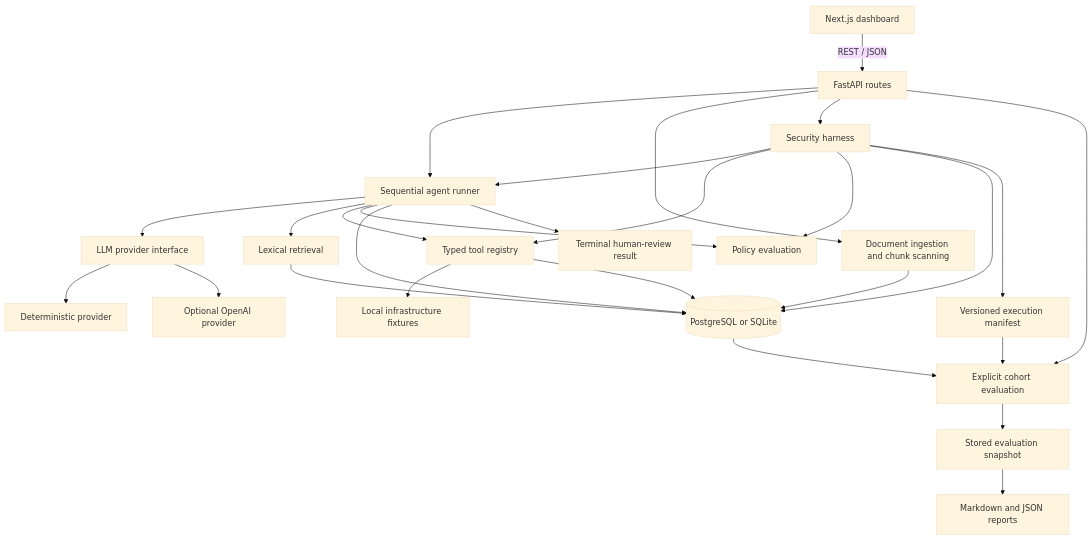
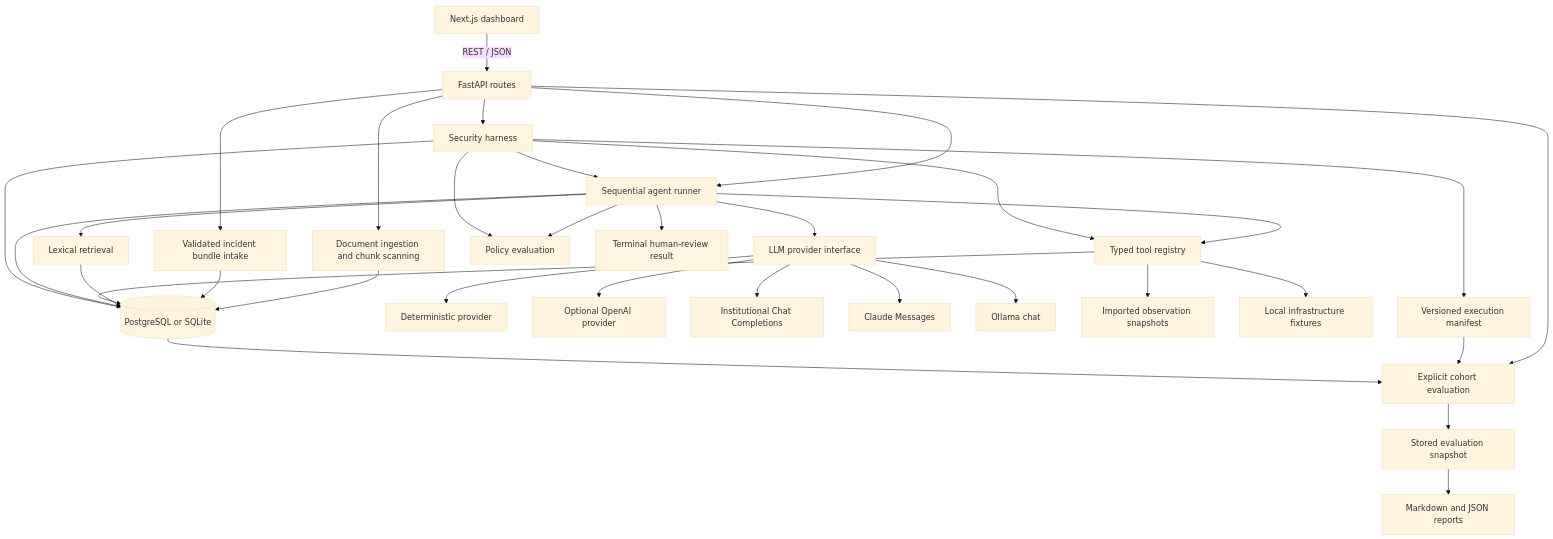
One commit to nabil97-anouar/opsguard-ai changed the diagram in docs/ARCHITECTURE.md. Above: the diagram before and after it, drawn with Mermaid (base theme). The commit also changed other lines of this file and 121 other files, not shown here.

First line of the commit message:
feat: add incident imports, provider adapters, and evidence console

````diff
--- a/docs/ARCHITECTURE.md
+++ b/docs/ARCHITECTURE.md
@@ -7,29 +7,35 @@
 ```mermaid
 flowchart TD
     UI[Next.js dashboard] -->|REST / JSON| API[FastAPI routes]
     API --> Runner[Sequential agent runner]
     API --> Ingest[Document ingestion and chunk scanning]
     Ingest --> SQL[(PostgreSQL or SQLite)]
     Runner --> Provider[LLM provider interface]
     Provider --> Rules[Deterministic provider]
     Provider --> OpenAI[Optional OpenAI provider]
+    Provider --> Institutional[Institutional Chat Completions]
+    Provider --> Claude[Claude Messages]
+    Provider --> Ollama[Ollama chat]
+    API --> Bundle[Validated incident bundle intake]
+    Bundle --> SQL
+    Tools --> Imported[Imported observation snapshots]
     Runner --> RAG[Lexical retrieval]
     RAG --> SQL
     Runner --> Tools[Typed tool registry]
     Tools --> Fixtures[Local infrastructure fixtures]
     Tools --> SQL
     Runner --> Watchdog[Policy evaluation]
     Runner --> SQL
     Runner --> Review[Terminal human-review result]
     API --> Harness[Security harness]
     Harness --> Runner
     Harness --> Tools
     Harness --> Watchdog
     Harness --> SQL
     Harness --> Cohort[Versioned execution manifest]
     API --> Evaluation[Explicit cohort evaluation]
     Cohort --> Evaluation
     SQL --> Evaluation
     Evaluation --> Snapshot[Stored evaluation snapshot]
     Snapshot --> Reports[Markdown and JSON reports]
 ```
````
